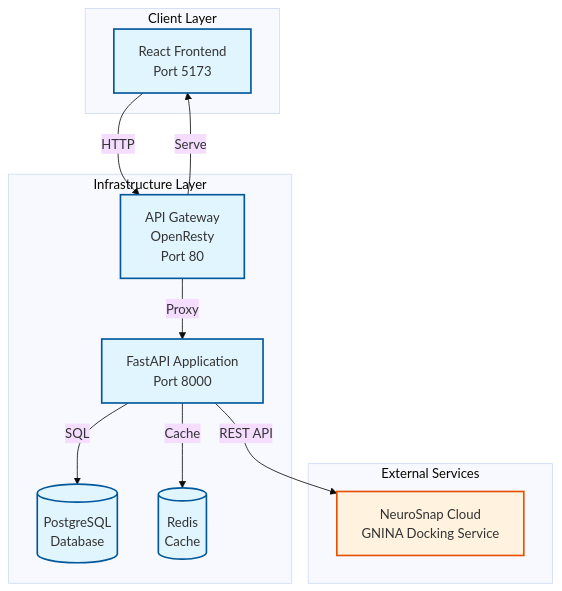
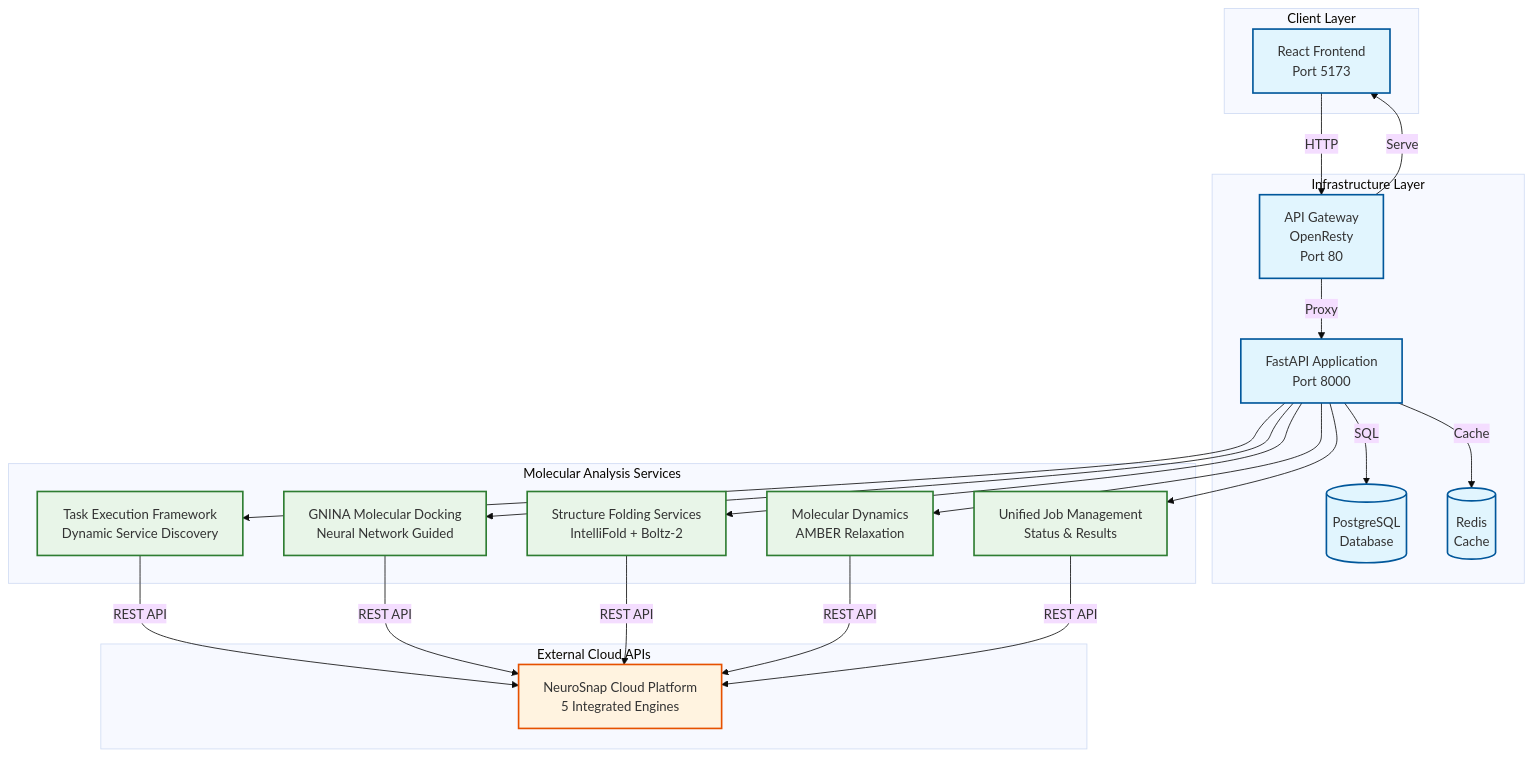
One commit to AlgenticsCorp/molecular_analysis_dashboard changed the first of 4 diagrams in docs/architecture/system-design/current-state.md. Above: the diagram before and after it, drawn with Mermaid (base theme). The commit also changed other lines of this file and 12 other files, not shown here.

````diff
--- a/docs/architecture/system-design/current-state.md
+++ b/docs/architecture/system-design/current-state.md
@@ -9,30 +9,49 @@
 ```mermaid
 graph TB
     subgraph "Client Layer"
         Frontend[React Frontend<br/>Port 5173]
     end
 
     subgraph "Infrastructure Layer"
         Gateway[API Gateway<br/>OpenResty<br/>Port 80]
         API[FastAPI Application<br/>Port 8000]
         DB[(PostgreSQL<br/>Database)]
         Cache[(Redis<br/>Cache)]
     end
 
-    subgraph "External Services"
-        NeuroSnap[NeuroSnap Cloud<br/>GNINA Docking Service]
+    subgraph "Molecular Analysis Services"
+        TaskExec[Task Execution Framework<br/>Dynamic Service Discovery]
+        GNINA[GNINA Molecular Docking<br/>Neural Network Guided]
+        Folding[Structure Folding Services<br/>IntelliFold + Boltz-2]
+        Dynamics[Molecular Dynamics<br/>AMBER Relaxation]
+        Unified[Unified Job Management<br/>Status & Results]
+    end
+
+    subgraph "External Cloud APIs"
+        NeuroSnap[NeuroSnap Cloud Platform<br/>5 Integrated Engines]
     end
 
     Frontend -->|HTTP| Gateway
     Gateway -->|Proxy| API
     Gateway -->|Serve| Frontend
     API -->|SQL| DB
     API -->|Cache| Cache
-    API -->|REST API| NeuroSnap
+    API --> TaskExec
+    API --> GNINA
+    API --> Folding
+    API --> Dynamics
+    API --> Unified
+    TaskExec -->|REST API| NeuroSnap
+    GNINA -->|REST API| NeuroSnap
+    Folding -->|REST API| NeuroSnap
+    Dynamics -->|REST API| NeuroSnap
+    Unified -->|REST API| NeuroSnap
 
     classDef implemented fill:#e1f5fe,stroke:#01579b,stroke-width:2px
     classDef external fill:#fff3e0,stroke:#e65100,stroke-width:2px
+    classDef services fill:#e8f5e8,stroke:#2e7d32,stroke-width:2px
 
     class Frontend,Gateway,API,DB,Cache implemented
     class NeuroSnap external
+    class TaskExec,GNINA,Folding,Dynamics,Unified services
 ```
````
